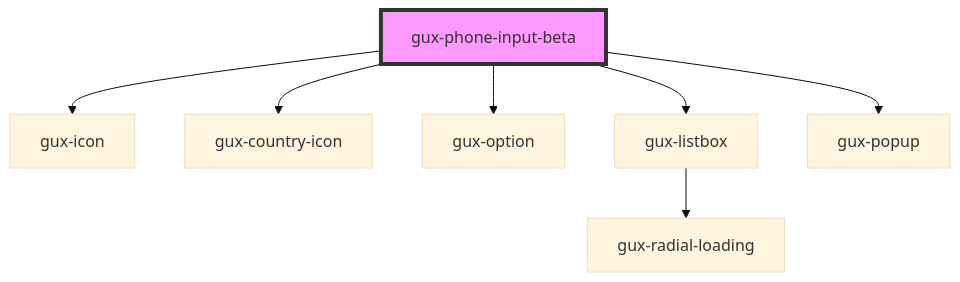
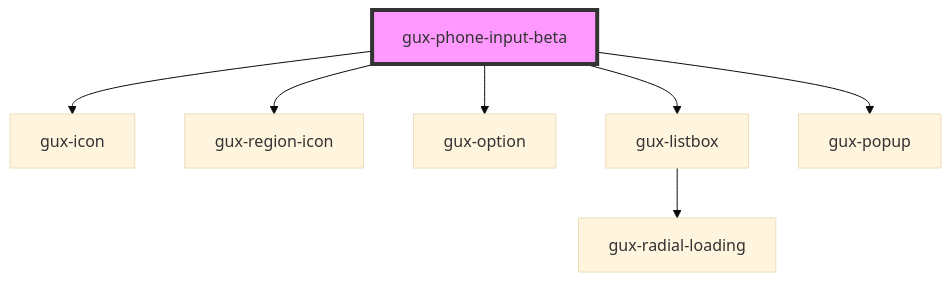
The diagram in src/components/beta/gux-phone-input/readme.md (MyPureCloud/genesys-spark), drawn with Mermaid (base theme) before and after one commit. The commit also changed other lines of this file and 255 other files, not shown here.

Commit message:
chore(phone-input): renaming variables and file/folder names to better match libphonenumber convention

````diff
--- a/src/components/beta/gux-phone-input/readme.md
+++ b/src/components/beta/gux-phone-input/readme.md
@@ -39,10 +39,10 @@
 ```mermaid
 graph TD;
   gux-phone-input-beta --> gux-icon
-  gux-phone-input-beta --> gux-country-icon
+  gux-phone-input-beta --> gux-region-icon
   gux-phone-input-beta --> gux-option
   gux-phone-input-beta --> gux-listbox
   gux-phone-input-beta --> gux-popup
   gux-listbox --> gux-radial-loading
   style gux-phone-input-beta fill:#f9f,stroke:#333,stroke-width:4px
 ```
````
